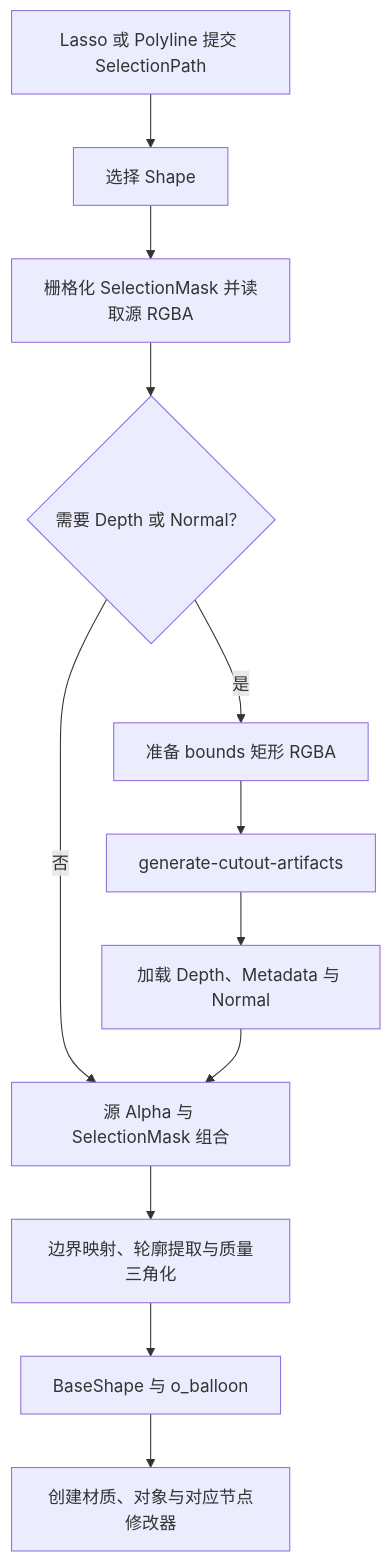
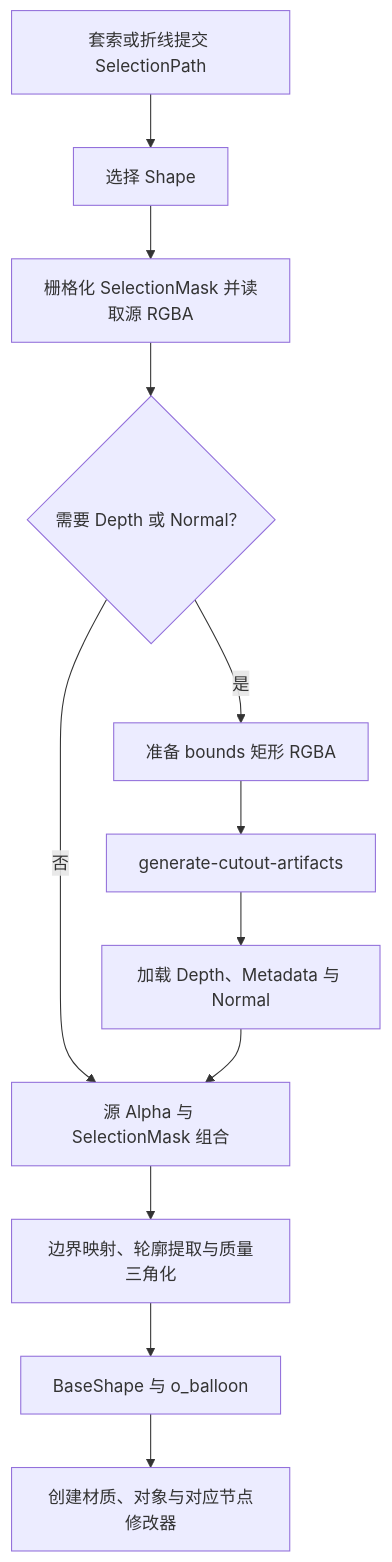
One commit to OmooLab/AnyImage changed the diagram in docs/develop/operators/cutout-tool.md. Above: the diagram before and after it, drawn with Mermaid. The commit also changed other lines of this file and 56 other files, not shown here.

````diff
--- a/docs/develop/operators/cutout-tool.md
+++ b/docs/develop/operators/cutout-tool.md
@@ -5,14 +5,14 @@
 ```mermaid
 flowchart TD
-    A[Lasso 或 Polyline 提交 SelectionPath] --> B[选择 Shape]
+    A[套索或折线提交 SelectionPath] --> B[选择 Shape]
     B --> C[栅格化 SelectionMask 并读取源 RGBA]
     C --> D{需要 Depth 或 Normal？}
     D -- 是 --> E[准备 bounds 矩形 RGBA]
     E --> F[generate-cutout-artifacts]
     F --> G[加载 Depth、Metadata 与 Normal]
     D -- 否 --> H[源 Alpha 与 SelectionMask 组合]
     G --> H
     H --> I[边界映射、轮廓提取与质量三角化]
     I --> J[BaseShape 与 o_balloon]
     J --> K[创建材质、对象与对应节点修改器]
 ```
````
